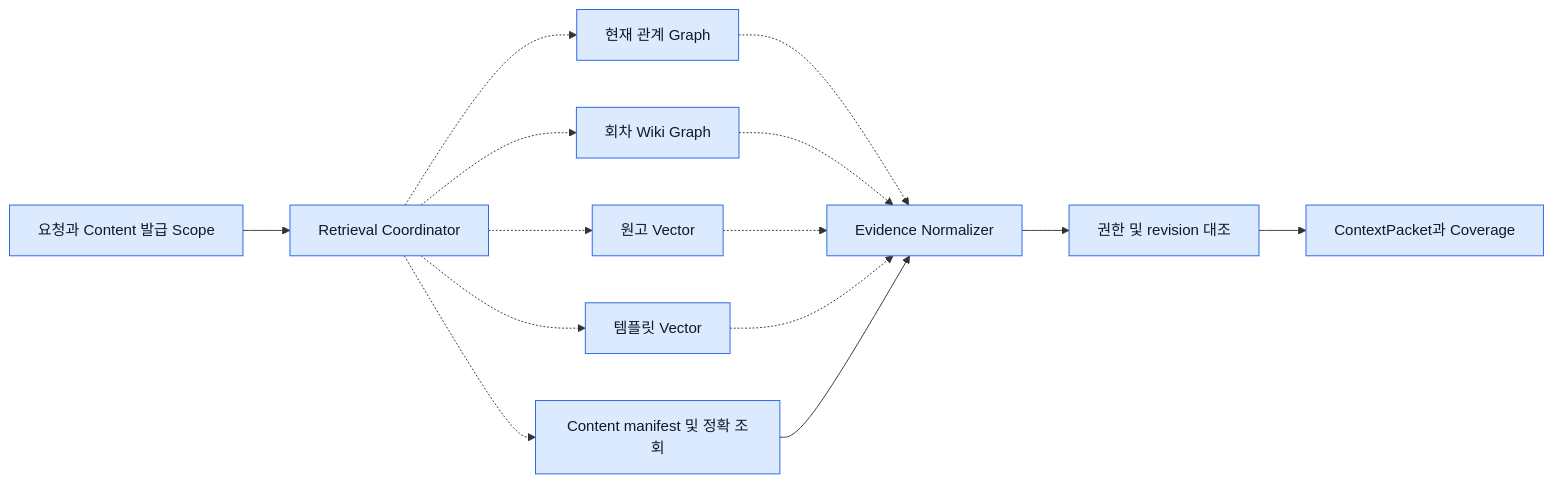
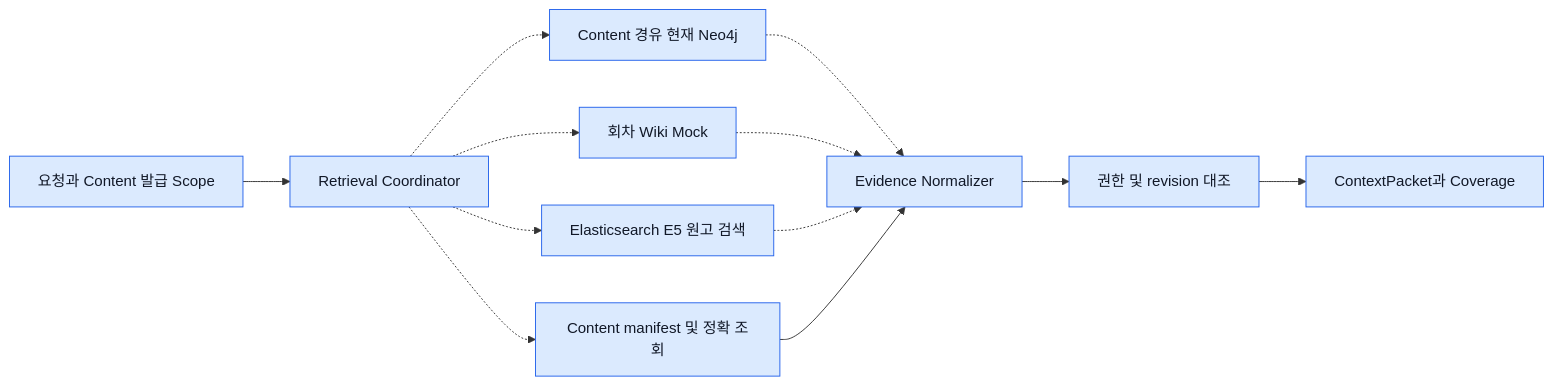
Before and after one commit to SKNETWORKS-FAMILY-AICAMP/SKN34-FINAL-4TEAM: the diagram in docs/writing-ai-architecture/07-retrieval-contract-and-mocks.md, drawn with Mermaid. The commit also changed other lines of this file and 82 other files, not shown here.

````diff
--- a/docs/writing-ai-architecture/07-retrieval-contract-and-mocks.md
+++ b/docs/writing-ai-architecture/07-retrieval-contract-and-mocks.md
@@ -7,17 +9,15 @@
 ```mermaid
 flowchart LR
     A[요청과 Content 발급 Scope] --> C[Retrieval Coordinator]
-    C -.-> R[현재 관계 Graph]
-    C -.-> W[회차 Wiki Graph]
-    C -.-> M[원고 Vector]
-    C -.-> T[템플릿 Vector]
+    C -.-> R[Content 경유 현재 Neo4j]
+    C -.-> W[회차 Wiki Mock]
+    C -.-> M[Elasticsearch E5 원고 검색]
     R -.-> V[Evidence Normalizer]
     W -.-> V
     M -.-> V
-    T -.-> V
     C -.-> S[Content manifest 및 정확 조회]
     S --> V
     V --> X[권한 및 revision 대조]
     X --> P[ContextPacket과 Coverage]
     classDef default fill:#dbeafe,stroke:#2563eb,color:#111827
 ```
````
